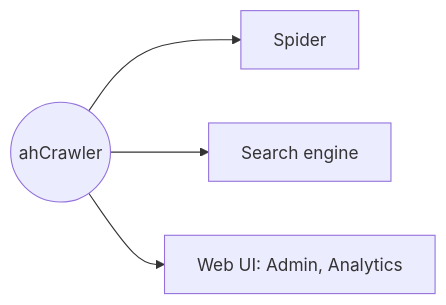
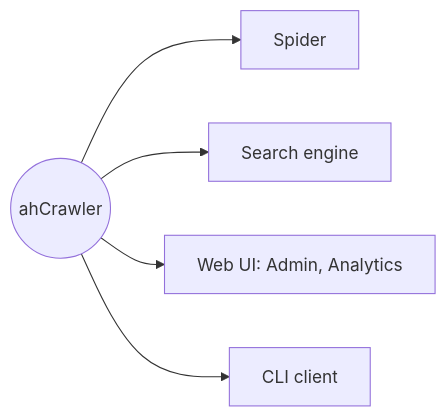
Before and after one commit to axelhahn/ahcrawler: the diagram in docs/10_Description/10_Overview.md, drawn with Mermaid. The commit also changed 19 other files, not shown here.

````diff
--- a/docs/10_Description/10_Overview.md
+++ b/docs/10_Description/10_Overview.md
@@ -5,13 +5,15 @@
 ```mermaid
 graph LR
   root((ahCrawler))
   spider[Spider]
   searchForm[Search engine]
   webUI[Web UI: Admin, Analytics]
+  cli[CLI client]
 
 
   root-->spider
   root-->searchForm
   root-->webUI
+  root-->cli
 
 ```
````
